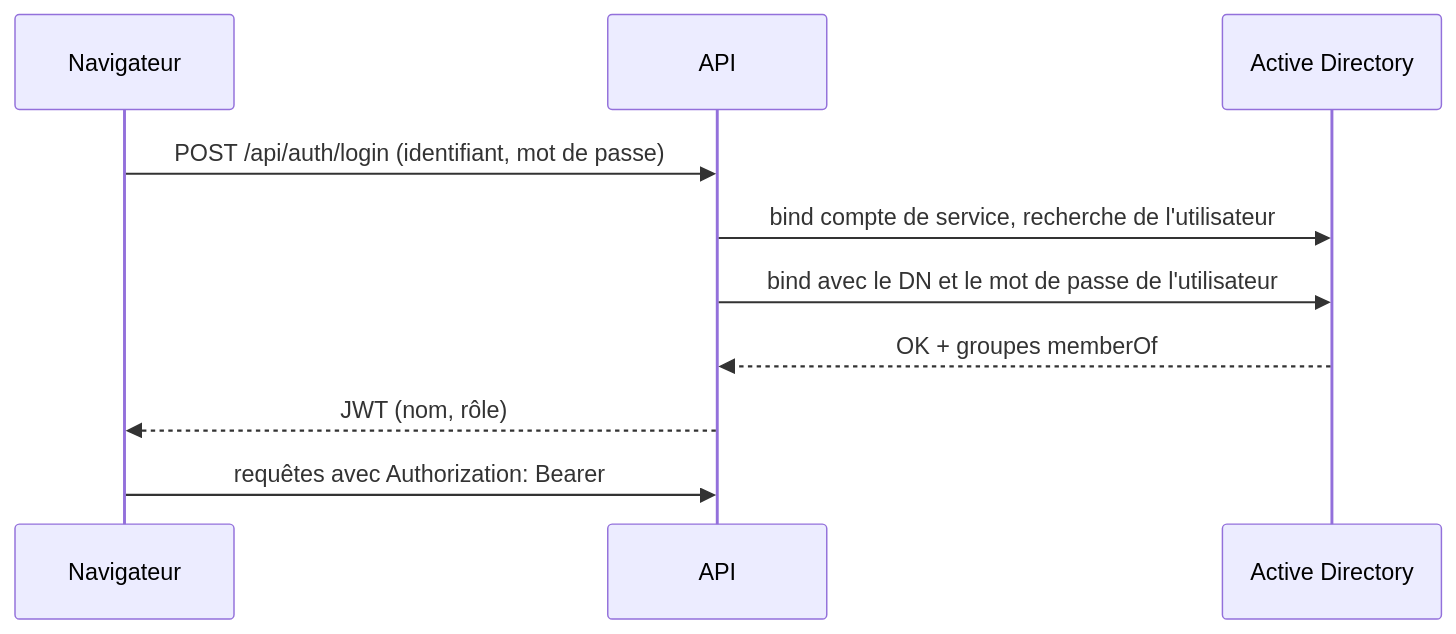
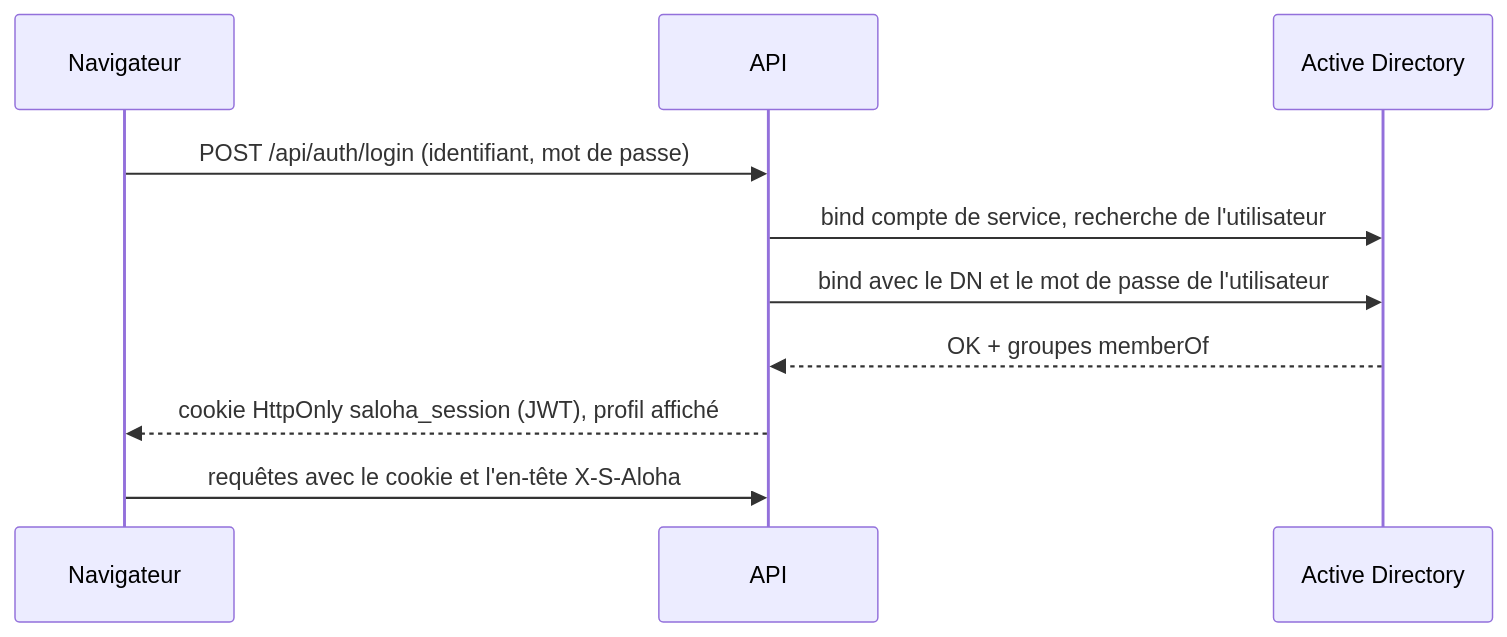
One commit to christian-raj/S-Aloha changed the second of 2 diagrams in docs/reference/architecture.md. Above: the diagram before and after it, drawn with Mermaid. The commit also changed other lines of this file and 25 other files, not shown here.

Commit message:
Jeton de session en cookie HttpOnly, CSP (S5) (#131)

````diff
--- a/docs/reference/architecture.md
+++ b/docs/reference/architecture.md
@@ -109,12 +109,12 @@
 ```mermaid
 sequenceDiagram
     participant N as Navigateur
     participant A as API
     participant AD as Active Directory
     N->>A: POST /api/auth/login (identifiant, mot de passe)
     A->>AD: bind compte de service, recherche de l'utilisateur
     A->>AD: bind avec le DN et le mot de passe de l'utilisateur
     AD-->>A: OK + groupes memberOf
-    A-->>N: JWT (nom, rôle)
-    N->>A: requêtes avec Authorization: Bearer
+    A-->>N: cookie HttpOnly saloha_session (JWT), profil affiché
+    N->>A: requêtes avec le cookie et l'en-tête X-S-Aloha
 ```
````
